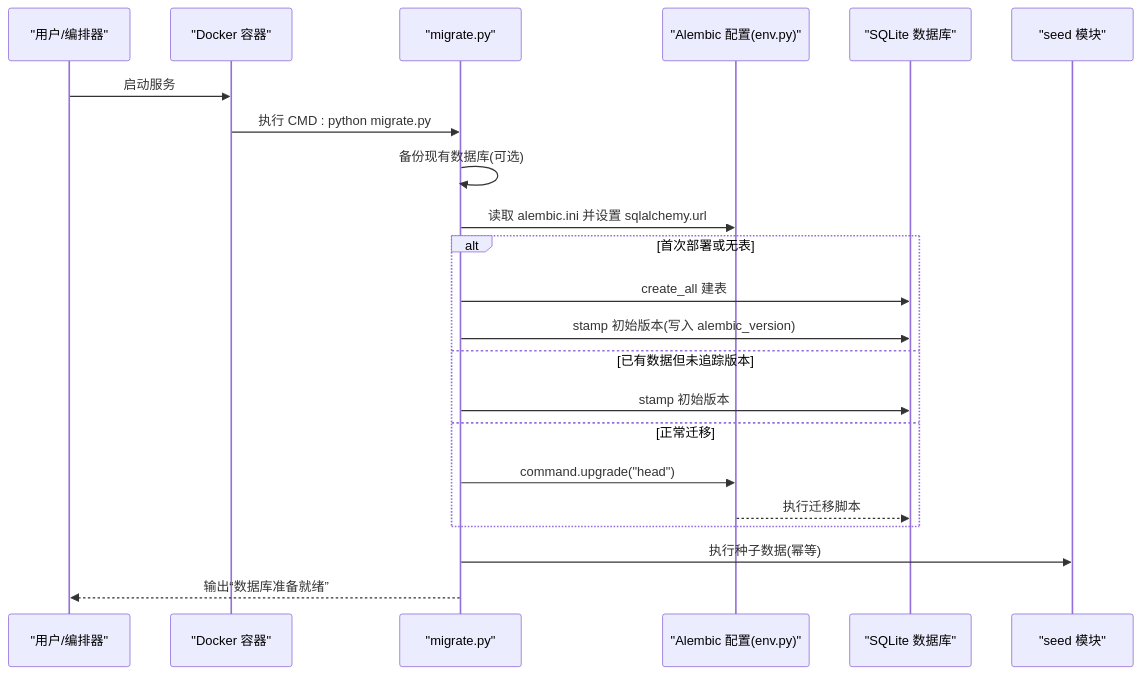
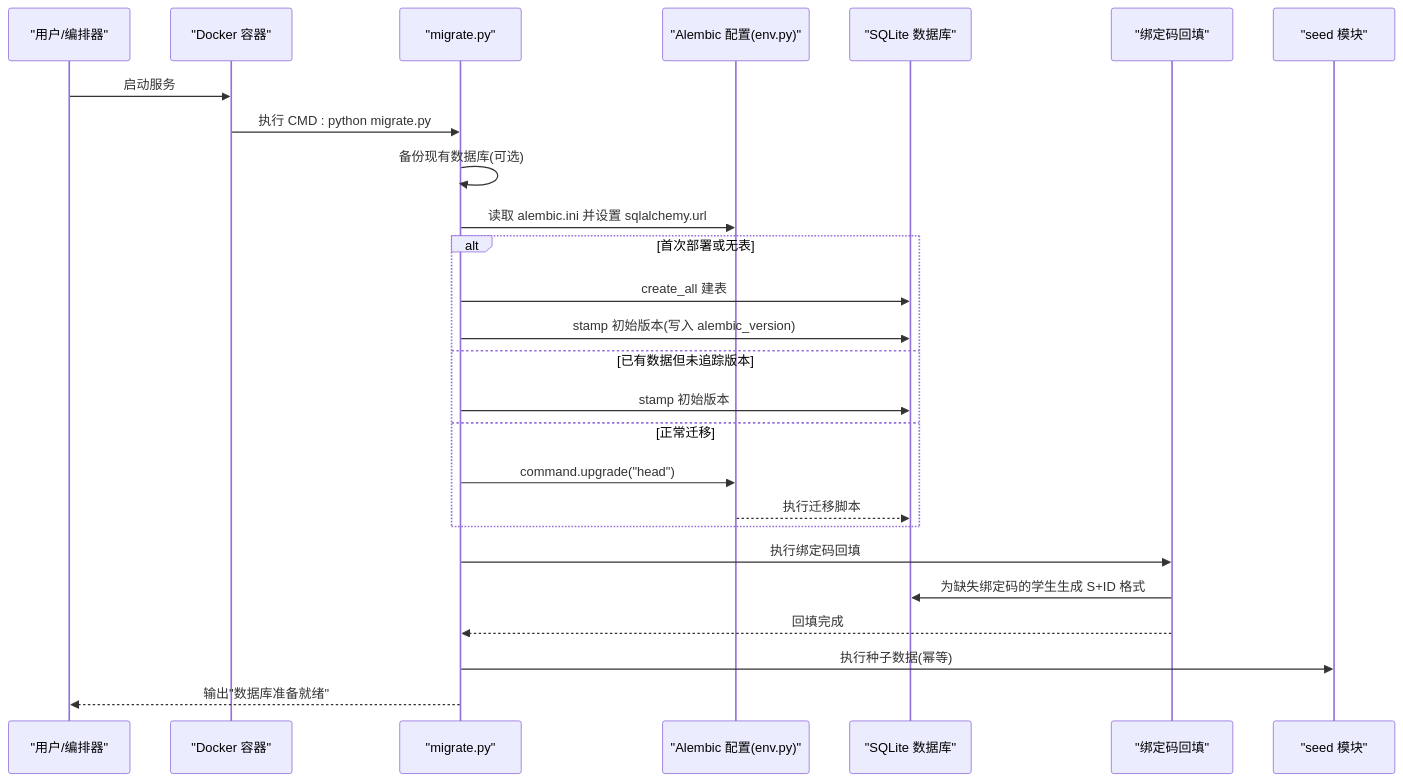
Before and after one commit to onebody/homework: the second of 4 diagrams in .qoder/repowiki/zh/content/数据库设计/Alembic数据库迁移系统.md, drawn with Mermaid. The commit also changed other lines of this file and 6 other files, not shown here.

````diff
--- a/.qoder/repowiki/zh/content/数据库设计/Alembic数据库迁移系统.md
+++ b/.qoder/repowiki/zh/content/数据库设计/Alembic数据库迁移系统.md
@@ -129,24 +130,28 @@
 ```mermaid
 sequenceDiagram
 participant U as "用户/编排器"
 participant DC as "Docker 容器"
 participant MP as "migrate.py"
 participant AC as "Alembic 配置(env.py)"
 participant DB as "SQLite 数据库"
+participant BC as "绑定码回填"
 participant SEED as "seed 模块"
 U->>DC : 启动服务
 DC->>MP : 执行 CMD : python migrate.py
 MP->>MP : 备份现有数据库(可选)
 MP->>AC : 读取 alembic.ini 并设置 sqlalchemy.url
 alt 首次部署或无表
 MP->>DB : create_all 建表
 MP->>DB : stamp 初始版本(写入 alembic_version)
 else 已有数据但未追踪版本
 MP->>DB : stamp 初始版本
 else 正常迁移
 MP->>AC : command.upgrade("head")
 AC-->>DB : 执行迁移脚本
 end
+MP->>BC : 执行绑定码回填
+BC->>DB : 为缺失绑定码的学生生成 S+ID 格式
+BC-->>MP : 回填完成
 MP->>SEED : 执行种子数据(幂等)
-MP-->>U : 输出“数据库准备就绪”
+MP-->>U : 输出"数据库准备就绪"
 ```
````
